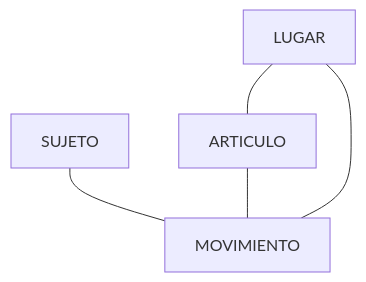
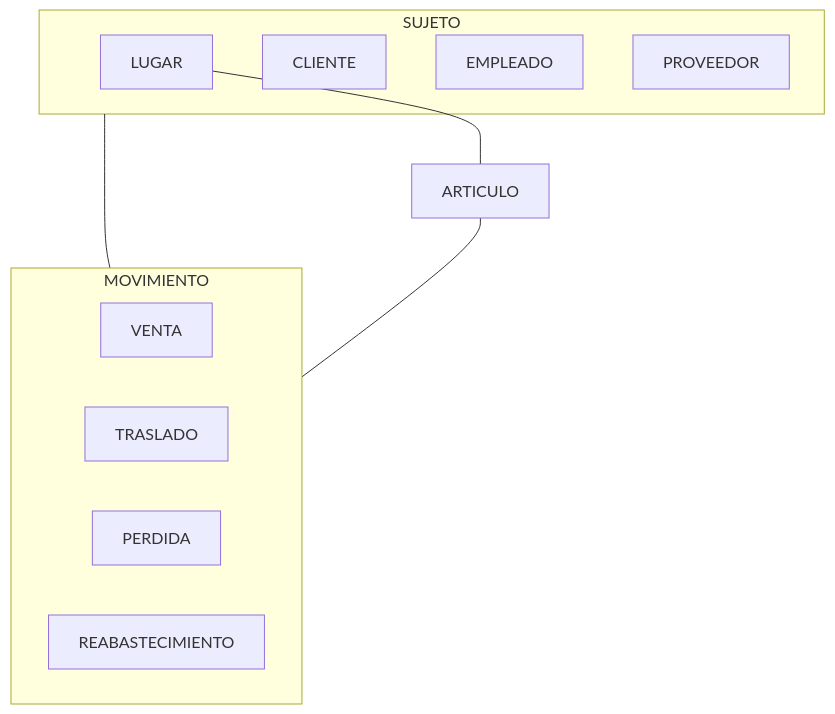
One commit to Rarity03/docs changed the first of 4 diagrams in README.md. Above: the diagram before and after it, drawn with Mermaid. The commit also changed other lines of this file, not shown here.

````diff
--- a/README.md
+++ b/README.md
@@ -60,7 +52,19 @@
 ```mermaid
 graph TD;
     LUGAR---ARTICULO;    
     SUJETO---MOVIMIENTO;
     ARTICULO---MOVIMIENTO;
-    LUGAR---MOVIMIENTO;
+    subgraph MOVIMIENTO
+        VENTA
+        TRASLADO
+        PERDIDA
+        REABASTECIMIENTO
+    end
+
+    subgraph SUJETO
+        CLIENTE
+        EMPLEADO
+        PROVEEDOR
+        LUGAR
+    end
 ```
````
